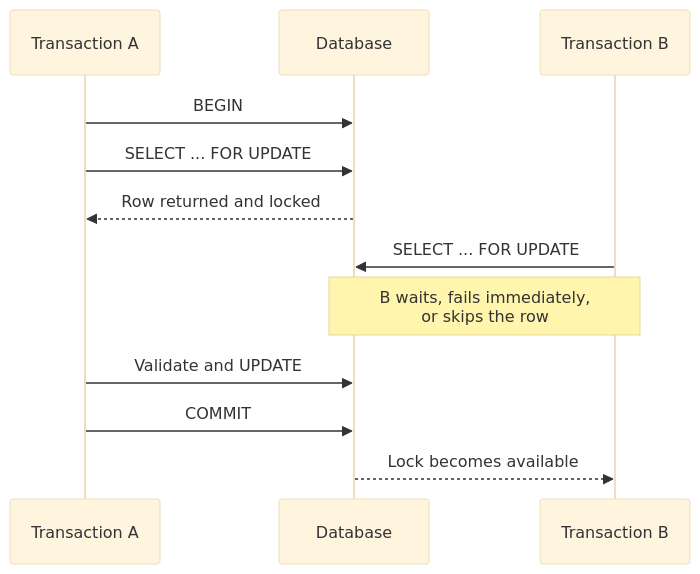
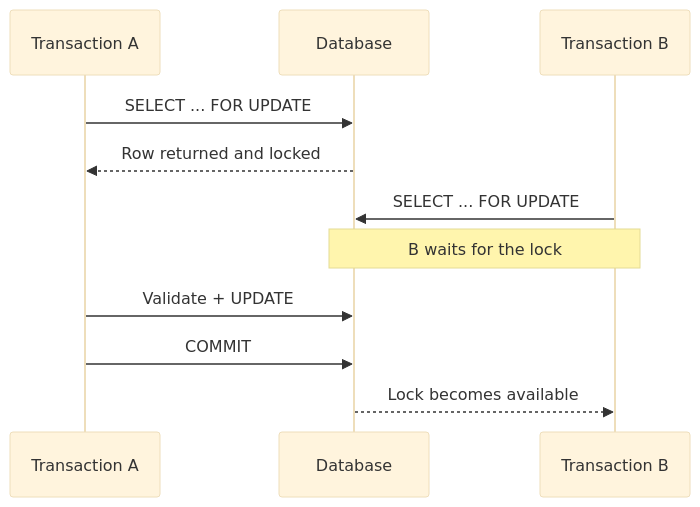
Before and after one commit to AvadhBhalodiya/Interview-Preparation: the fourth of 4 diagrams in src/content/databases/locking-optimistic-pessimistic.md, drawn with Mermaid (base theme). The commit also changed other lines of this file and 80 other files, not shown here.

````diff
--- a/src/content/databases/locking-optimistic-pessimistic.md
+++ b/src/content/databases/locking-optimistic-pessimistic.md
@@ -352,15 +188,14 @@
 ```mermaid
 sequenceDiagram
     participant A as Transaction A
     participant DB as Database
     participant B as Transaction B
 
-    A->>DB: BEGIN
     A->>DB: SELECT ... FOR UPDATE
     DB-->>A: Row returned and locked
     B->>DB: SELECT ... FOR UPDATE
-    Note over B,DB: B waits, fails immediately,<br/>or skips the row
-    A->>DB: Validate and UPDATE
+    Note over B,DB: B waits for the lock
+    A->>DB: Validate + UPDATE
     A->>DB: COMMIT
     DB-->>B: Lock becomes available
 ```
````
